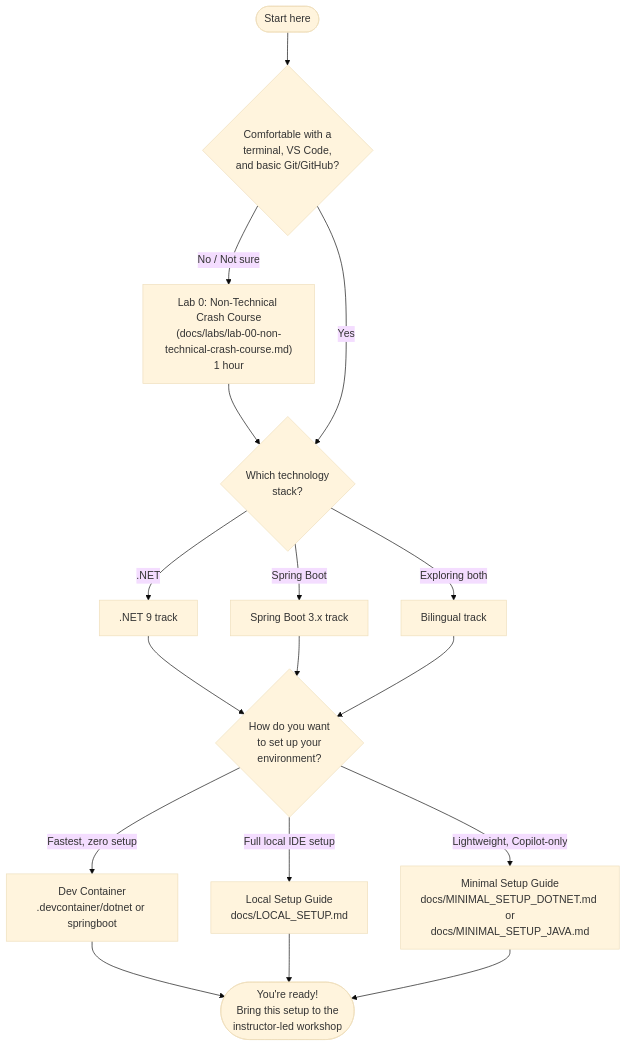
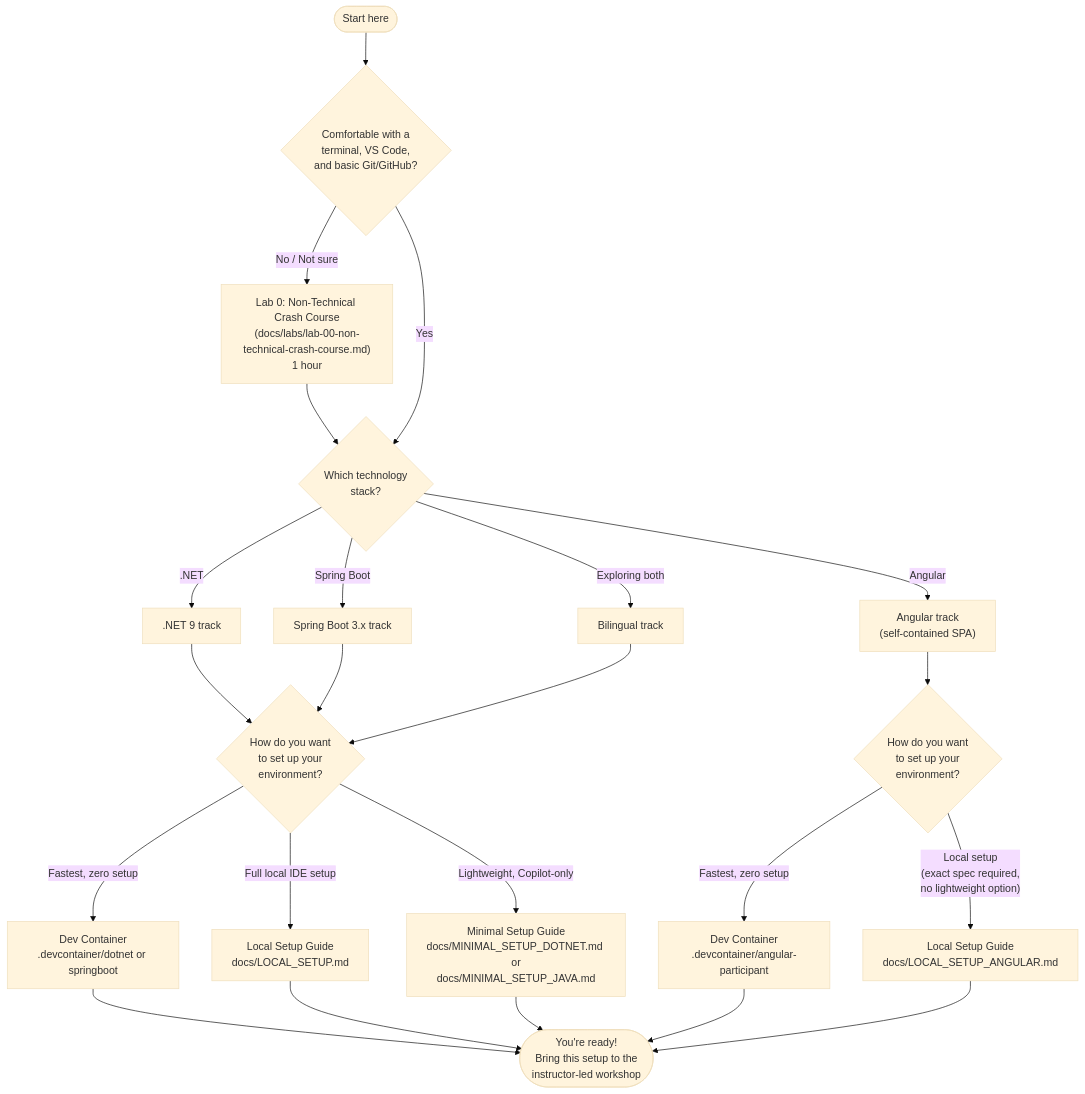
Before and after one commit to centricconsulting/ai-coding-workshop: the diagram in README.md, drawn with Mermaid (base theme). The commit also changed other lines of this file, not shown here.

First line of the commit message:
docs(readme): add Angular path to Getting Started flowchart and structure

````diff
--- a/README.md
+++ b/README.md
@@ -42,19 +42,25 @@
 ```mermaid
 flowchart TD
     A([Start here]) --> B{Comfortable with a<br>terminal, VS Code,<br>and basic Git/GitHub?}
     B -- "No / Not sure" --> C["Lab 0: Non-Technical Crash Course<br>(docs/labs/lab-00-non-technical-crash-course.md)<br>1 hour"]
     C --> D
     B -- "Yes" --> D{Which technology<br>stack?}
     D -- ".NET" --> E[".NET 9 track"]
     D -- "Spring Boot" --> F["Spring Boot 3.x track"]
     D -- "Exploring both" --> G["Bilingual track"]
+    D -- "Angular" --> M["Angular track<br>(self-contained SPA)"]
     E --> H{How do you want<br>to set up your<br>environment?}
     F --> H
     G --> H
     H -- "Fastest, zero setup" --> I["Dev Container<br>.devcontainer/dotnet or springboot"]
     H -- "Full local IDE setup" --> J["Local Setup Guide<br>docs/LOCAL_SETUP.md"]
     H -- "Lightweight, Copilot-only" --> K["Minimal Setup Guide<br>docs/MINIMAL_SETUP_DOTNET.md or<br>docs/MINIMAL_SETUP_JAVA.md"]
+    M --> N{How do you want<br>to set up your<br>environment?}
+    N -- "Fastest, zero setup" --> O["Dev Container<br>.devcontainer/angular-participant"]
+    N -- "Local setup<br>(exact spec required,<br>no lightweight option)" --> P["Local Setup Guide<br>docs/LOCAL_SETUP_ANGULAR.md"]
     I --> L(["You're ready!<br>Bring this setup to the<br>instructor-led workshop"])
     J --> L
     K --> L
+    O --> L
+    P --> L
 ```
````
